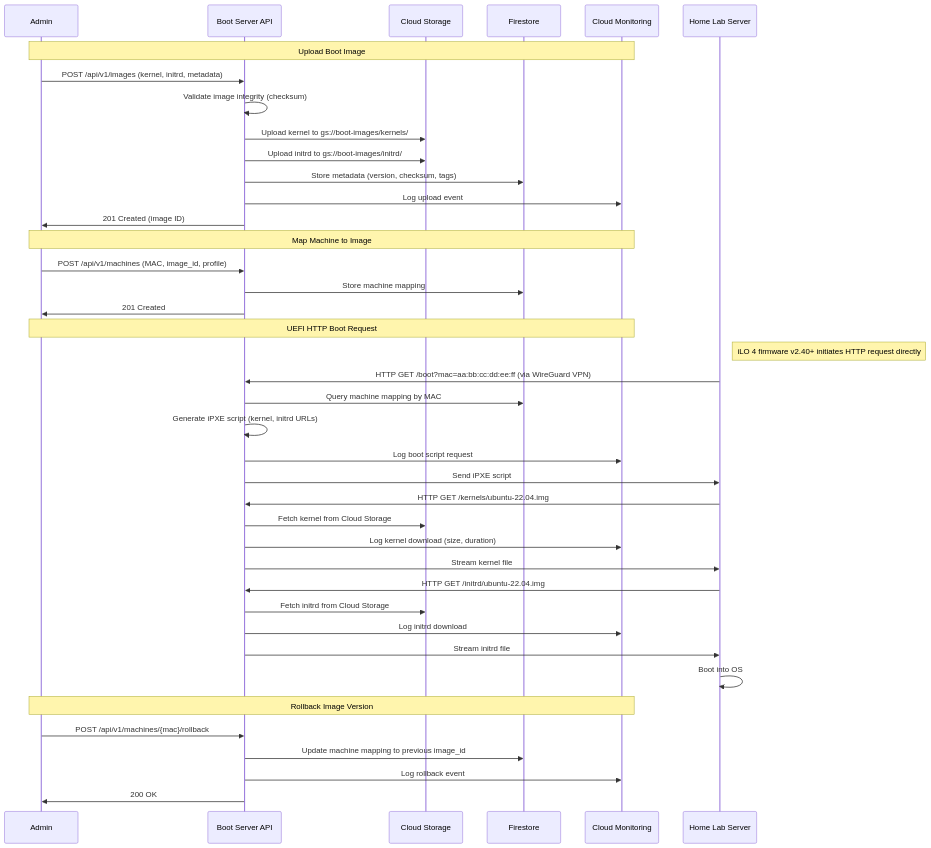
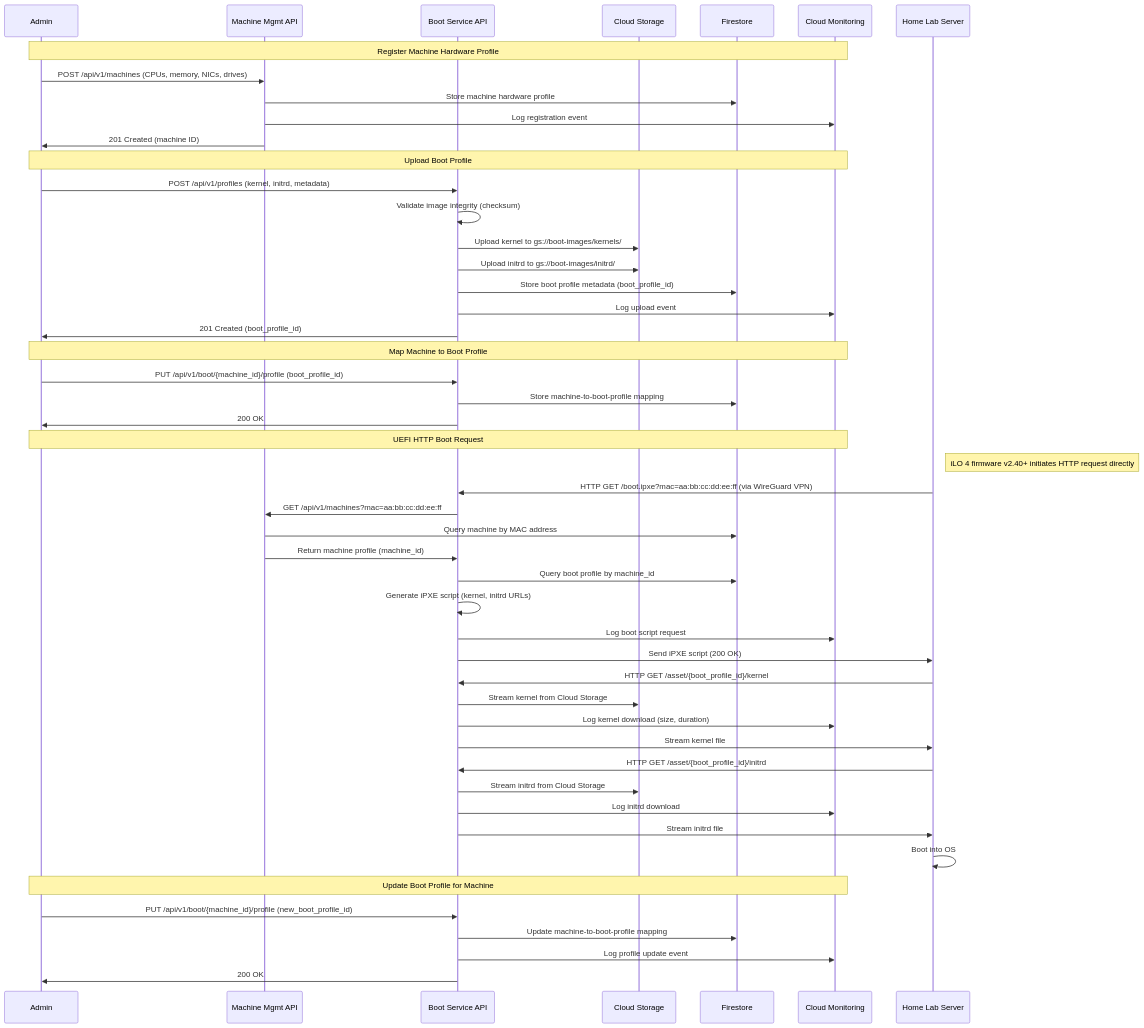
One commit to Zaba505/infra changed the second of 7 diagrams in docs/content/r&d/adrs/0005-network-boot-infrastructure-gcp.md. Above: the diagram before and after it, drawn with Mermaid. The commit also changed other lines of this file, not shown here.

Commit message:
docs(issue-605): update adr

````diff
--- a/docs/content/r&d/adrs/0005-network-boot-infrastructure-gcp.md
+++ b/docs/content/r&d/adrs/0005-network-boot-infrastructure-gcp.md
@@ -178,49 +181,59 @@
 ```mermaid
 sequenceDiagram
     participant Admin
-    participant API as Boot Server API
+    participant MachineAPI as Machine Mgmt API
+    participant BootAPI as Boot Service API
     participant Storage as Cloud Storage
     participant DB as Firestore
     participant Monitor as Cloud Monitoring
 
-    Note over Admin,Monitor: Upload Boot Image
-    Admin->>API: POST /api/v1/images (kernel, initrd, metadata)
-    API->>API: Validate image integrity (checksum)
-    API->>Storage: Upload kernel to gs://boot-images/kernels/
-    API->>Storage: Upload initrd to gs://boot-images/initrd/
-    API->>DB: Store metadata (version, checksum, tags)
-    API->>Monitor: Log upload event
-    API->>Admin: 201 Created (image ID)
+    Note over Admin,Monitor: Register Machine Hardware Profile
+    Admin->>MachineAPI: POST /api/v1/machines (CPUs, memory, NICs, drives)
+    MachineAPI->>DB: Store machine hardware profile
+    MachineAPI->>Monitor: Log registration event
+    MachineAPI->>Admin: 201 Created (machine ID)
 
-    Note over Admin,Monitor: Map Machine to Image
-    Admin->>API: POST /api/v1/machines (MAC, image_id, profile)
-    API->>DB: Store machine mapping
-    API->>Admin: 201 Created
+    Note over Admin,Monitor: Upload Boot Profile
+    Admin->>BootAPI: POST /api/v1/profiles (kernel, initrd, metadata)
+    BootAPI->>BootAPI: Validate image integrity (checksum)
+    BootAPI->>Storage: Upload kernel to gs://boot-images/kernels/
+    BootAPI->>Storage: Upload initrd to gs://boot-images/initrd/
+    BootAPI->>DB: Store boot profile metadata (boot_profile_id)
+    BootAPI->>Monitor: Log upload event
+    BootAPI->>Admin: 201 Created (boot_profile_id)
+
+    Note over Admin,Monitor: Map Machine to Boot Profile
+    Admin->>BootAPI: PUT /api/v1/boot/{machine_id}/profile (boot_profile_id)
+    BootAPI->>DB: Store machine-to-boot-profile mapping
+    BootAPI->>Admin: 200 OK
 
     Note over Admin,Monitor: UEFI HTTP Boot Request
     participant Server as Home Lab Server
     Note right of Server: iLO 4 firmware v2.40+ initiates HTTP request directly
-    Server->>API: HTTP GET /boot?mac=aa:bb:cc:dd:ee:ff (via WireGuard VPN)
-    API->>DB: Query machine mapping by MAC
-    API->>API: Generate iPXE script (kernel, initrd URLs)
-    API->>Monitor: Log boot script request
-    API->>Server: Send iPXE script
+    Server->>BootAPI: HTTP GET /boot.ipxe?mac=aa:bb:cc:dd:ee:ff (via WireGuard VPN)
+    BootAPI->>MachineAPI: GET /api/v1/machines?mac=aa:bb:cc:dd:ee:ff
+    MachineAPI->>DB: Query machine by MAC address
+    MachineAPI->>BootAPI: Return machine profile (machine_id)
+    BootAPI->>DB: Query boot profile by machine_id
+    BootAPI->>BootAPI: Generate iPXE script (kernel, initrd URLs)
+    BootAPI->>Monitor: Log boot script request
+    BootAPI->>Server: Send iPXE script (200 OK)
     
-    Server->>API: HTTP GET /kernels/ubuntu-22.04.img
-    API->>Storage: Fetch kernel from Cloud Storage
-    API->>Monitor: Log kernel download (size, duration)
-    API->>Server: Stream kernel file
+    Server->>BootAPI: HTTP GET /asset/{boot_profile_id}/kernel
+    BootAPI->>Storage: Stream kernel from Cloud Storage
+    BootAPI->>Monitor: Log kernel download (size, duration)
+    BootAPI->>Server: Stream kernel file
     
-    Server->>API: HTTP GET /initrd/ubuntu-22.04.img
-    API->>Storage: Fetch initrd from Cloud Storage
-    API->>Monitor: Log initrd download
-    API->>Server: Stream initrd file
+    Server->>BootAPI: HTTP GET /asset/{boot_profile_id}/initrd
+    BootAPI->>Storage: Stream initrd from Cloud Storage
+    BootAPI->>Monitor: Log initrd download
+    BootAPI->>Server: Stream initrd file
     
     Server->>Server: Boot into OS
     
-    Note over Admin,Monitor: Rollback Image Version
-    Admin->>API: POST /api/v1/machines/{mac}/rollback
-    API->>DB: Update machine mapping to previous image_id
-    API->>Monitor: Log rollback event
-    API->>Admin: 200 OK
+    Note over Admin,Monitor: Update Boot Profile for Machine
+    Admin->>BootAPI: PUT /api/v1/boot/{machine_id}/profile (new_boot_profile_id)
+    BootAPI->>DB: Update machine-to-boot-profile mapping
+    BootAPI->>Monitor: Log profile update event
+    BootAPI->>Admin: 200 OK
 ```
````
